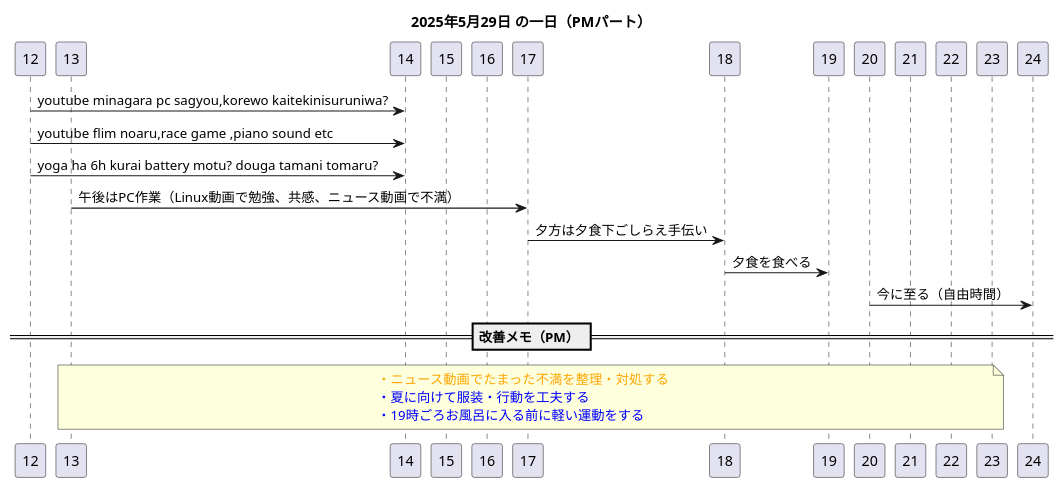
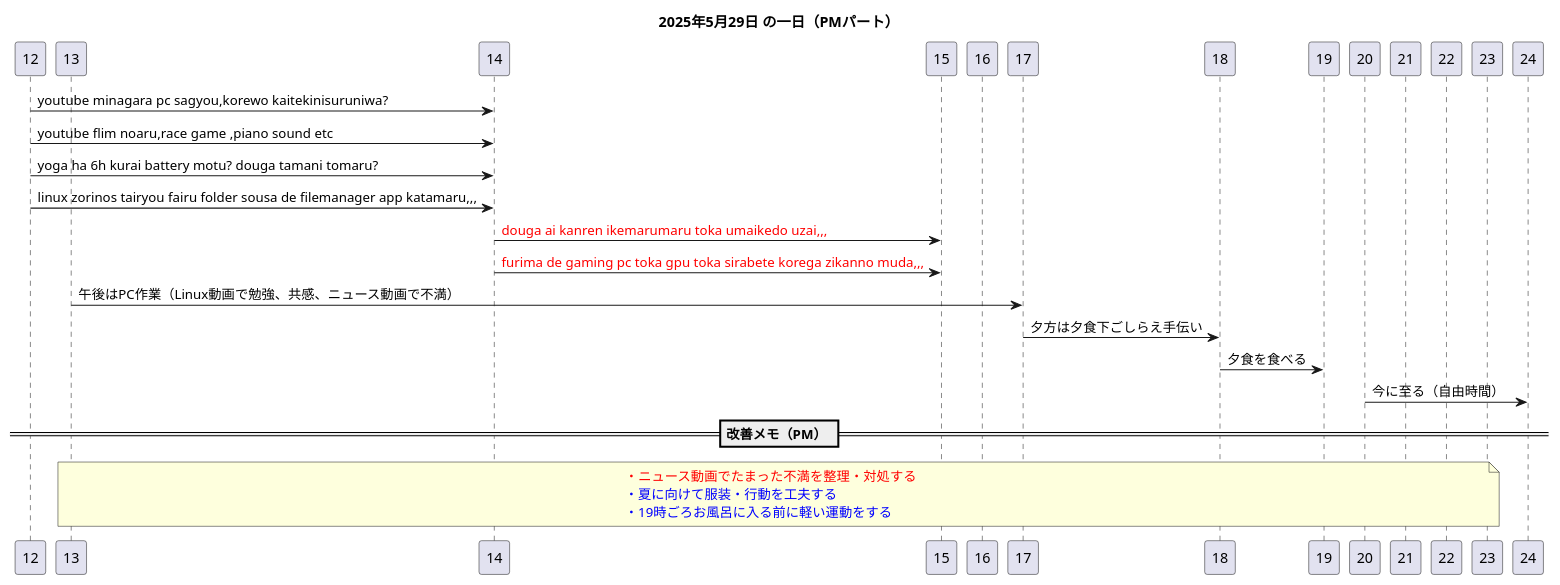
The diagram in diary_250529pm.pu (coacoa/images), drawn with PlantUML before and after one commit. The commit also changed 3 other files, not shown here.

```diff
--- a/diary_250529pm.pu
+++ b/diary_250529pm.pu
@@ -1,33 +1,36 @@
 @startuml
 title 2025年5月29日 の一日（PMパート）
 
 participant "12" as T12
 participant "13" as T13
 participant "14" as T14
 participant "15" as T15
 participant "16" as T16
 participant "17" as T17
 participant "18" as T18
 participant "19" as T19
 participant "20" as T20
 participant "21" as T21
 participant "22" as T22
 participant "23" as T23
 participant "24" as T24
 
 T12 -> T14: youtube minagara pc sagyou,korewo kaitekinisuruniwa?
 T12 -> T14: youtube flim noaru,race game ,piano sound etc
 T12 -> T14: yoga ha 6h kurai battery motu? douga tamani tomaru?
+T12 -> T14: linux zorinos tairyou fairu folder sousa de filemanager app katamaru,,,
+T14 -> T15: <font color=red>douga ai kanren ikemarumaru toka umaikedo uzai,,,</font>
+T14 -> T15: <font color=red>furima de gaming pc toka gpu toka sirabete korega zikanno muda,,,</font>
 T13 -> T17: 午後はPC作業（Linux動画で勉強、共感、ニュース動画で不満）
 T17 -> T18: 夕方は夕食下ごしらえ手伝い
 T18 -> T19: 夕食を食べる
 T20 -> T24: 今に至る（自由時間）
 
 == 改善メモ（PM） ==
 note over T13, T23
-<color:orange>・ニュース動画でたまった不満を整理・対処する</color>  
+<color:red>・ニュース動画でたまった不満を整理・対処する</color>  
 <color:blue>・夏に向けて服装・行動を工夫する</color>  
 <color:blue>・19時ごろお風呂に入る前に軽い運動をする</color>
 end note
 
 @enduml
```
